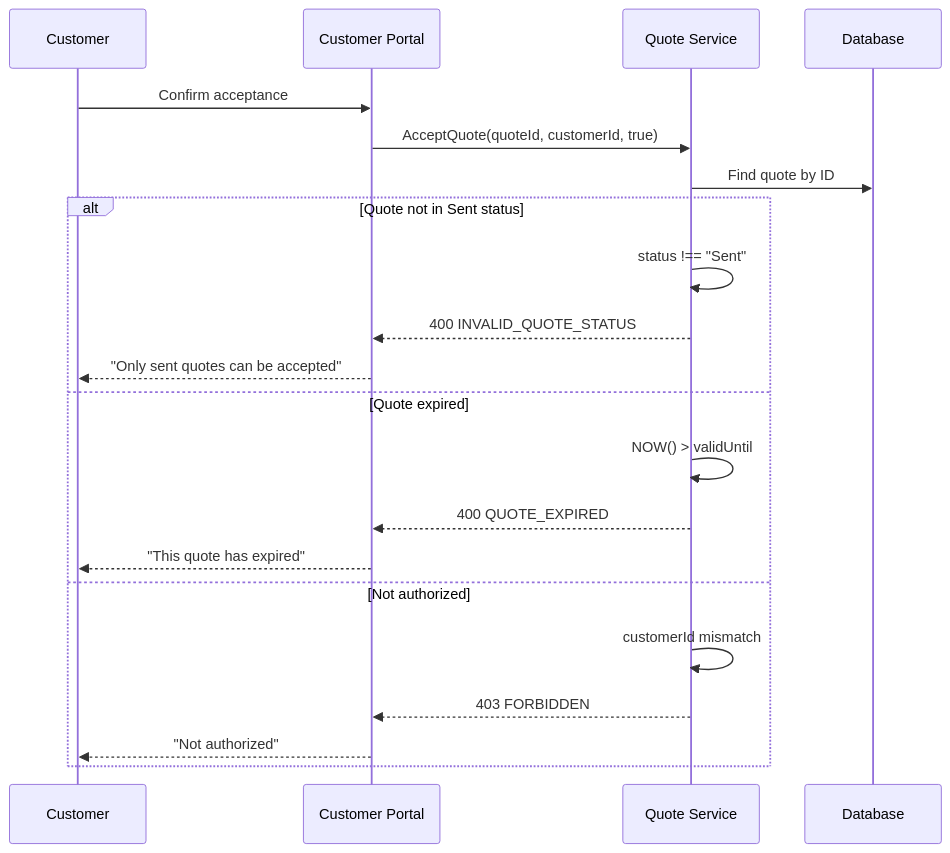
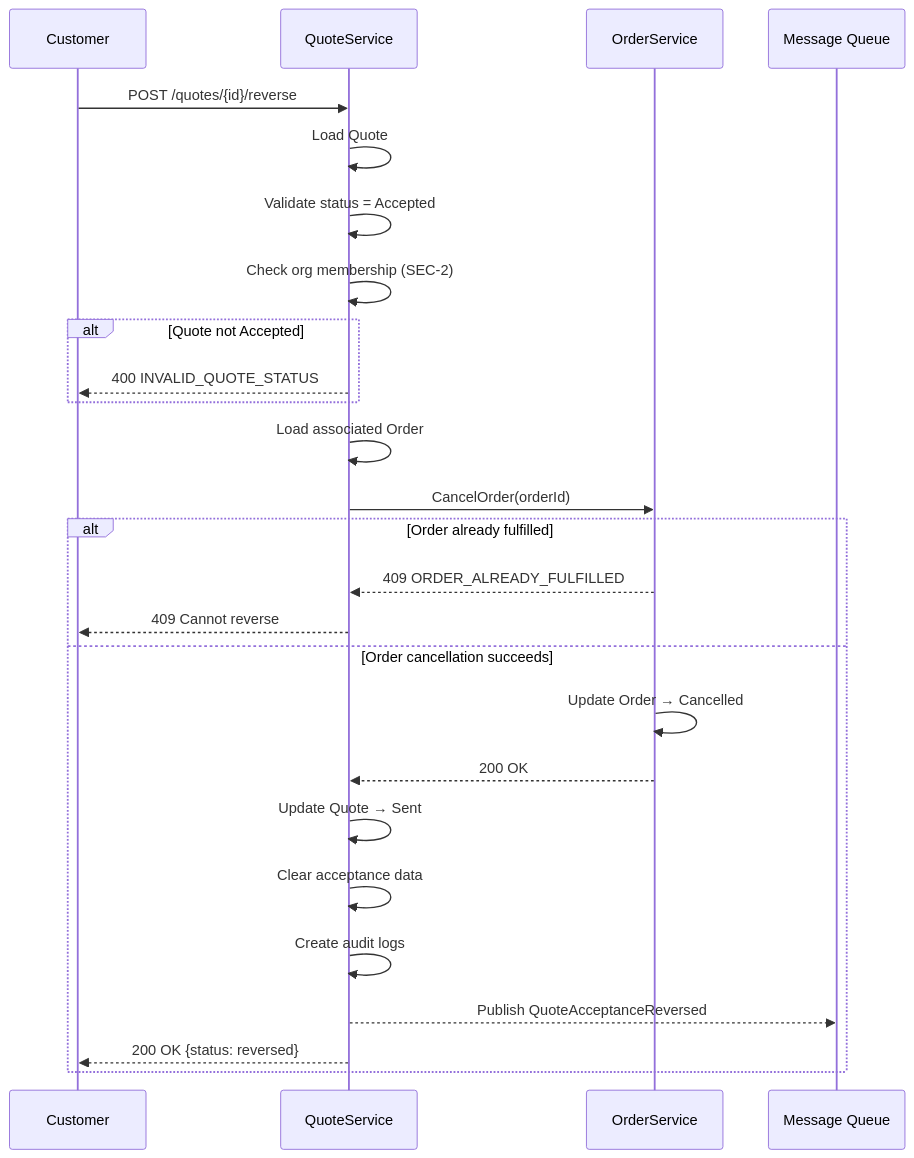
One commit to ikadar/loom-project changed the second of 4 diagrams in poc/output/sequence-design.md. Above: the diagram before and after it, drawn with Mermaid. The commit also changed other lines of this file and 1 other file, not shown here.

````diff
--- a/poc/output/sequence-design.md
+++ b/poc/output/sequence-design.md
@@ -172,25 +171,32 @@
 ```mermaid
 sequenceDiagram
     participant C as Customer
-    participant Portal as Customer Portal
-    participant QS as Quote Service
-    participant DB as Database
+    participant QS as QuoteService
+    participant OS as OrderService
+    participant MQ as Message Queue
 
-    C->>Portal: Confirm acceptance
-    Portal->>QS: AcceptQuote(quoteId, customerId, true)
-    QS->>DB: Find quote by ID
+    C->>QS: POST /quotes/{id}/reverse
+    QS->>QS: Load Quote
+    QS->>QS: Validate status = Accepted
+    QS->>QS: Check org membership (SEC-2)
 
-    alt Quote not in Sent status
-        QS->>QS: status !== "Sent"
-        QS-->>Portal: 400 INVALID_QUOTE_STATUS
-        Portal-->>C: "Only sent quotes can be accepted"
-    else Quote expired
-        QS->>QS: NOW() > validUntil
-        QS-->>Portal: 400 QUOTE_EXPIRED
-        Portal-->>C: "This quote has expired"
-    else Not authorized
-        QS->>QS: customerId mismatch
-        QS-->>Portal: 403 FORBIDDEN
-        Portal-->>C: "Not authorized"
+    alt Quote not Accepted
+        QS-->>C: 400 INVALID_QUOTE_STATUS
+    end
+
+    QS->>QS: Load associated Order
+    QS->>OS: CancelOrder(orderId)
+
+    alt Order already fulfilled
+        OS-->>QS: 409 ORDER_ALREADY_FULFILLED
+        QS-->>C: 409 Cannot reverse
+    else Order cancellation succeeds
+        OS->>OS: Update Order → Cancelled
+        OS-->>QS: 200 OK
+        QS->>QS: Update Quote → Sent
+        QS->>QS: Clear acceptance data
+        QS->>QS: Create audit logs
+        QS-->>MQ: Publish QuoteAcceptanceReversed
+        QS-->>C: 200 OK {status: reversed}
     end
 ```
````
